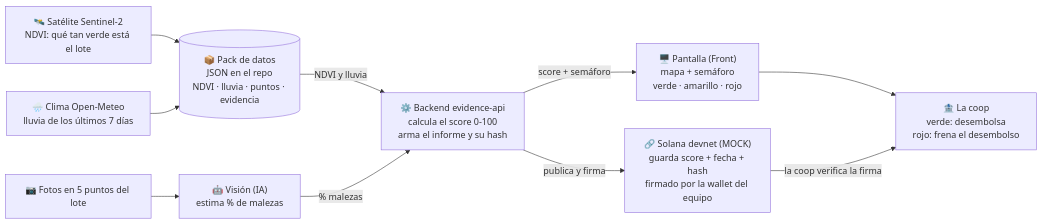
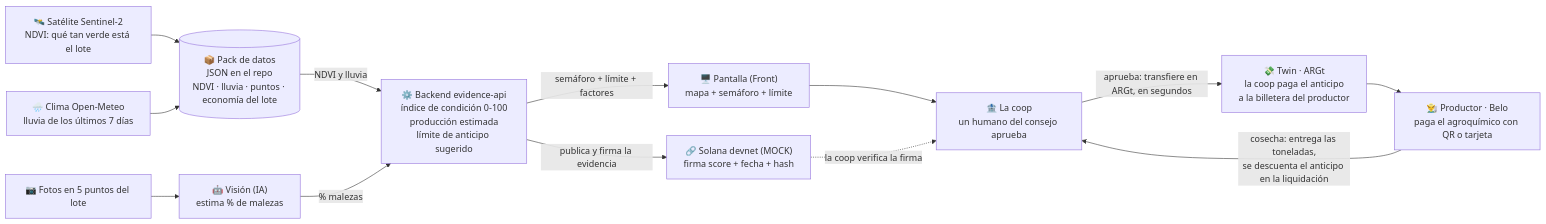
The first of 2 diagrams in docs/como-funciona-precrop.md (raulfunes/PreCrop), drawn with Mermaid before and after one commit. The commit also changed other lines of this file and 9 other files, not shown here.

First line of the commit message:
feat(advance): add suggested advance limit rule cupo-v1, mock Twin disbursement and reframed docs

````diff
--- a/docs/como-funciona-precrop.md
+++ b/docs/como-funciona-precrop.md
@@ -5,23 +5,28 @@
 ```mermaid
 flowchart LR
     SAT["🛰️ Satélite Sentinel-2<br/>NDVI: qué tan verde está el lote"]
     CLI["🌧️ Clima Open-Meteo<br/>lluvia de los últimos 7 días"]
     FOT["📷 Fotos en 5 puntos del lote"]
 
-    PACK[("📦 Pack de datos<br/>JSON en el repo<br/>NDVI · lluvia · puntos · evidencia")]
+    PACK[("📦 Pack de datos<br/>JSON en el repo<br/>NDVI · lluvia · puntos · economía del lote")]
     VIS["🤖 Visión (IA)<br/>estima % de malezas"]
-    API["⚙️ Backend evidence-api<br/>calcula el score 0-100<br/>arma el informe y su hash"]
-    WEB["🖥️ Pantalla (Front)<br/>mapa + semáforo<br/>verde · amarillo · rojo"]
-    SOL["🔗 Solana devnet (MOCK)<br/>guarda score + fecha + hash<br/>firmado por la wallet del equipo"]
-    COOP["🏦 La coop<br/>verde: desembolsa<br/>rojo: frena el desembolso"]
+    API["⚙️ Backend evidence-api<br/>índice de condición 0-100<br/>producción estimada<br/>límite de anticipo sugerido"]
+    WEB["🖥️ Pantalla (Front)<br/>mapa + semáforo + límite"]
+    SOL["🔗 Solana devnet (MOCK)<br/>firma score + fecha + hash"]
+    COOP["🏦 La coop<br/>un humano del consejo aprueba"]
+    TWIN["💸 Twin · ARGt<br/>la coop paga el anticipo<br/>a la billetera del productor"]
+    PROD["👨‍🌾 Productor · Belo<br/>paga el agroquímico con QR o tarjeta"]
 
     SAT --> PACK
     CLI --> PACK
     FOT --> VIS
     PACK -->|"NDVI y lluvia"| API
     VIS -->|"% malezas"| API
-    API -->|"score + semáforo"| WEB
-    API -->|"publica y firma"| SOL
+    API -->|"semáforo + límite + factores"| WEB
+    API -->|"publica y firma la evidencia"| SOL
     WEB --> COOP
-    SOL -->|"la coop verifica la firma"| COOP
+    SOL -.->|"la coop verifica la firma"| COOP
+    COOP -->|"aprueba: transfiere en ARGt, en segundos"| TWIN
+    TWIN --> PROD
+    PROD -->|"cosecha: entrega las toneladas,<br/>se descuenta el anticipo en la liquidación"| COOP
 ```
````
